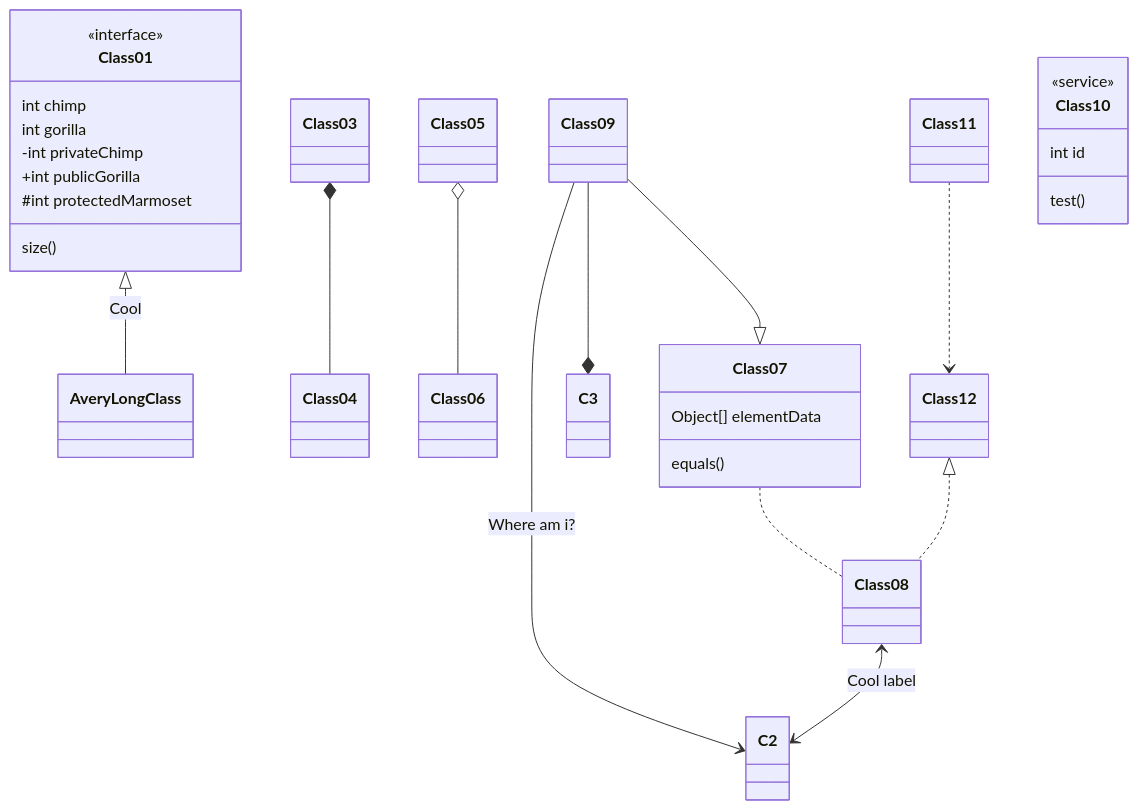
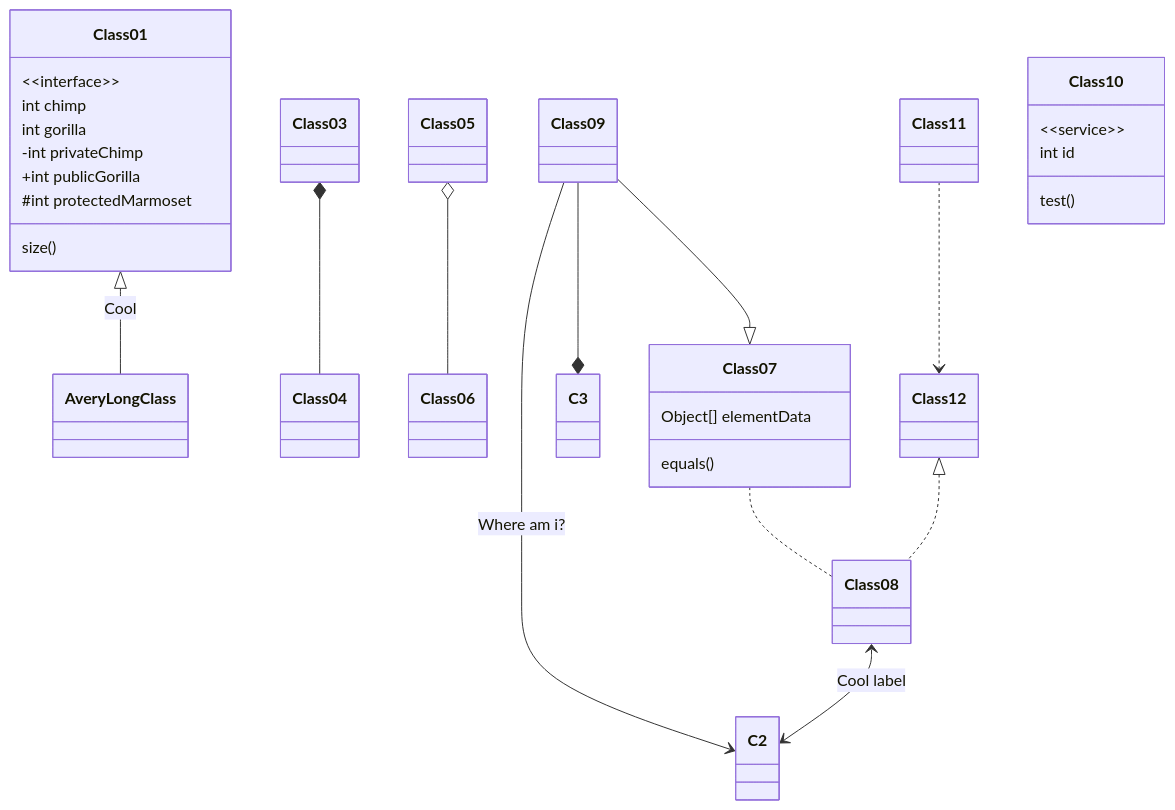
One commit to pbrolin47/mermaid-pbrolin47 changed the diagram in e2e/diagrams/class-diagram/pr/dagre-1-should-render-a-simple-class-diagram.mmd. Above: the diagram before and after it, drawn with Mermaid. The commit also changed 8 other files, not shown here.

```diff
--- a/e2e/diagrams/class-diagram/pr/dagre-1-should-render-a-simple-class-diagram.mmd
+++ b/e2e/diagrams/class-diagram/pr/dagre-1-should-render-a-simple-class-diagram.mmd
@@ -1,38 +1,38 @@
 ---
 description: >-
   Broad classDiagram relationship smoke test (inheritance, composition,
-  aggregation, dependency, link, realization, an `<<interface>>`
+  aggregation, dependency, link, realization, an `&lt;&lt;interface&gt;&gt;`
   stereotype, visibility markers, and a class body block) forced onto the
   `dagre` layout engine with a top-level `htmlLabels: true` config key.
 config:
   logLevel: 1
   htmlLabels: true
   layout: dagre
 ---
 classDiagram
   Class01 <|-- AveryLongClass : Cool
   class Class01 {
-    <<interface>>
+    &lt;&lt;interface&gt;&gt;
   }
   Class03 *-- Class04
   Class05 o-- Class06
   Class07 .. Class08
   Class09 --> C2 : Where am i?
   Class09 --* C3
   Class09 --|> Class07
   Class12 <|.. Class08
   Class11 ..>Class12
   Class07 : equals()
   Class07 : Object[] elementData
   Class01 : size()
   Class01 : int chimp
   Class01 : int gorilla
   Class01 : -int privateChimp
   Class01 : +int publicGorilla
   Class01 : #int protectedMarmoset
   Class08 <--> C2: Cool label
   class Class10 {
-  <<service>>
+  &lt;&lt;service&gt;&gt;
   int id
   test()
   }
```
